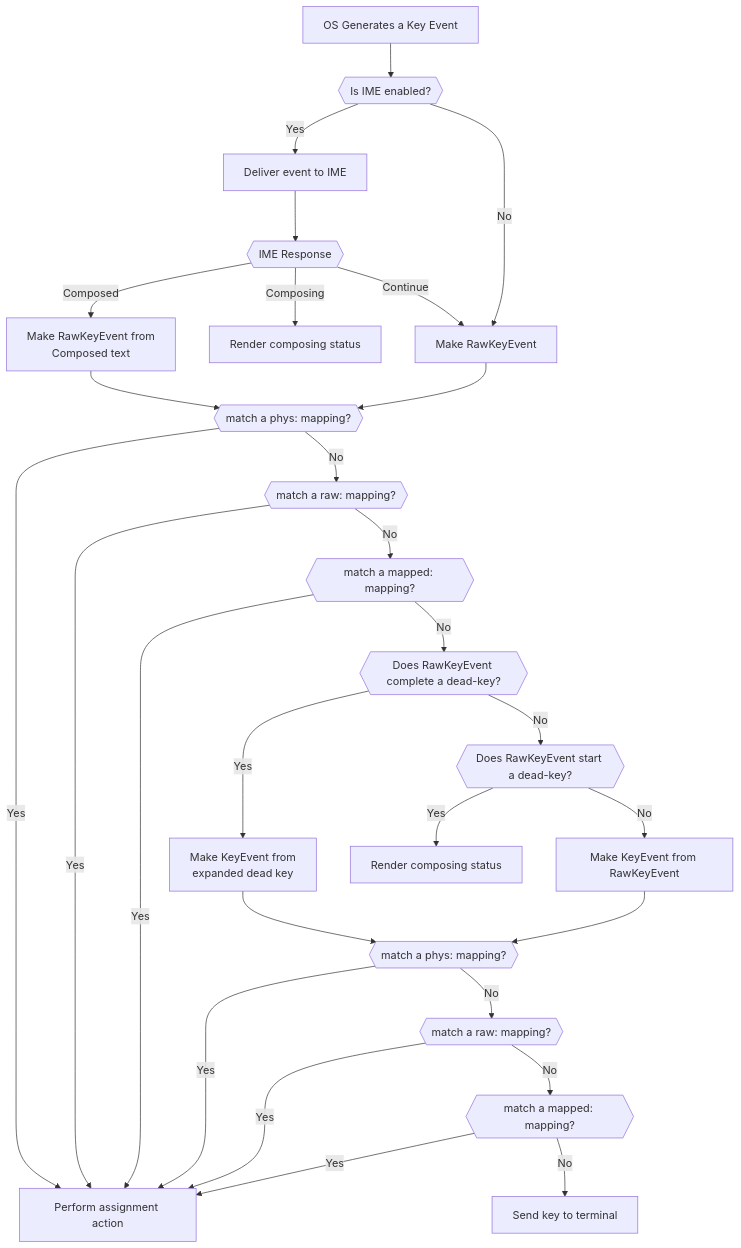
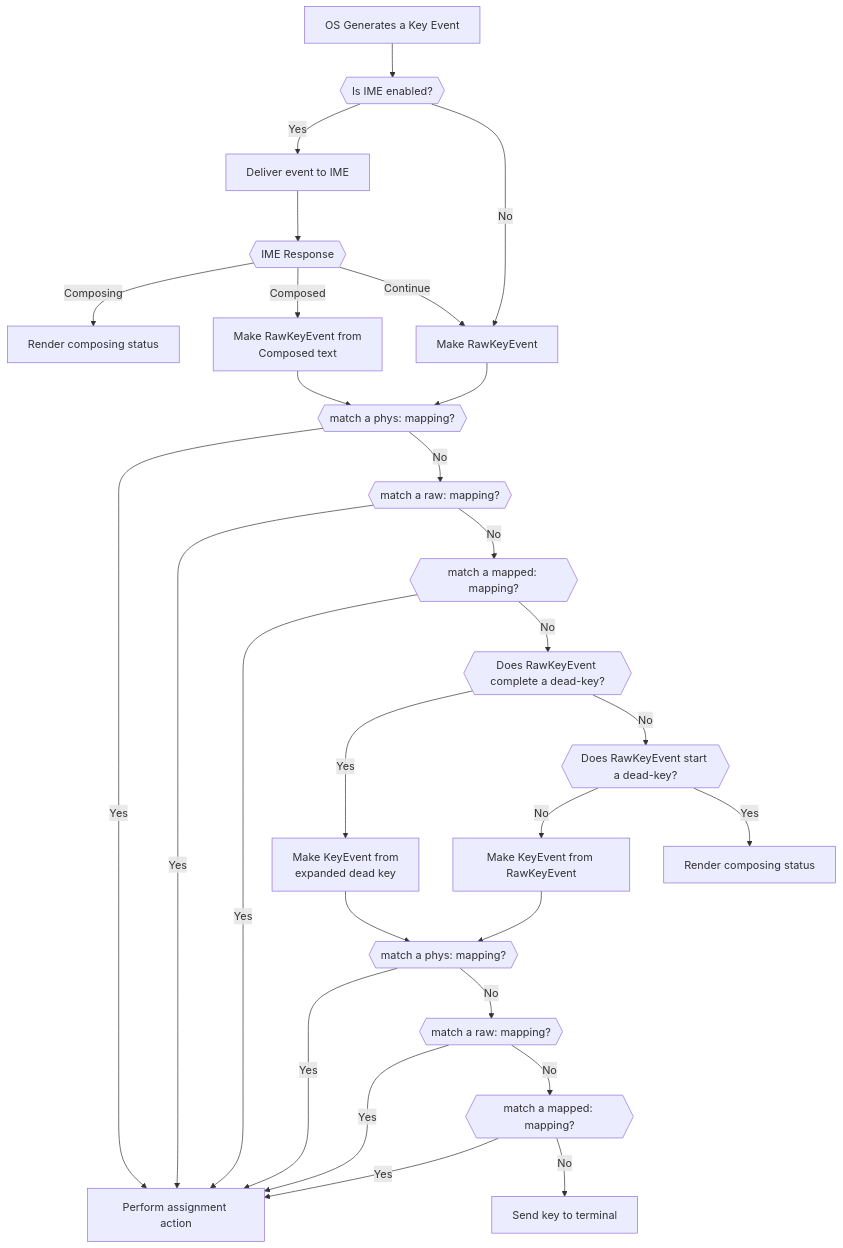
Before and after one commit to wez/wezterm: the diagram in docs/config/keyboard-concepts.md, drawn with Mermaid. The commit also changed other lines of this file, not shown here.

````diff
--- a/docs/config/keyboard-concepts.md
+++ b/docs/config/keyboard-concepts.md
@@ -42,32 +42,32 @@
 ```mermaid
 flowchart TD
 A[OS Generates a Key Event]
 A --> B{{Is IME enabled?}}
 B -->|Yes| C[Deliver event to IME] --> C1{{IME Response}}
 B -->|No| F
+C1 -->|Composing| E[Render composing status]
 C1 -->|Composed| D[Make RawKeyEvent from<br/> Composed text] --> RAW1
-C1 -->|Composing| E[Render composing status]
 C1 -->|Continue| F[Make RawKeyEvent] --> RAW1
 
 RAW1{{match a phys: mapping?}}
 RAW1 -->|Yes| RAWDONE[Perform assignment action]
 RAW1 -->|No| RAW2{{match a raw: mapping?}}
 RAW2 -->|Yes| RAWDONE
 RAW2 -->|No| RAW3{{match a mapped: mapping?}}
 RAW3 -->|Yes| RAWDONE
 RAW3 -->|No| DEAD1{{Does RawKeyEvent complete a dead-key?}}
 
 DEAD1 -->|Yes| I[Make KeyEvent from<br/>expanded dead key] --> KEY1
 DEAD1 -->|No| DEAD2{{Does RawKeyEvent start a dead-key?}}
+DEAD2 -->|No| J[Make KeyEvent from RawKeyEvent] --> KEY1
 DEAD2 -->|Yes| DEADCOMP[Render composing status]
-DEAD2 -->|No| J[Make KeyEvent from RawKeyEvent] --> KEY1
 
 KEY1{{match a phys: mapping?}}
 KEY1 -->|Yes| RAWDONE
 KEY1 -->|No| KEY2{{match a raw: mapping?}}
 KEY2 -->|Yes| RAWDONE
 KEY2 -->|No| KEY3{{match a mapped: mapping?}}
 KEY3 -->|Yes| RAWDONE
 KEY3 -->|No| M[Send key to terminal]
 
 ```
````
